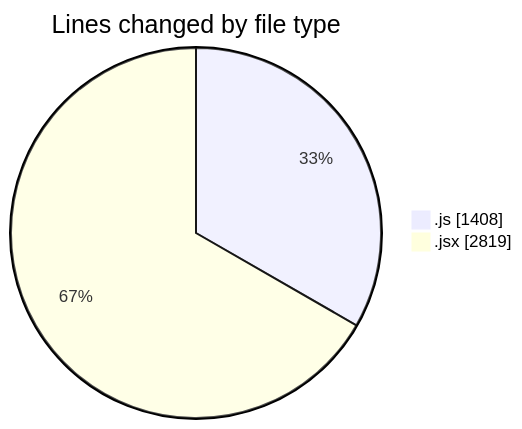
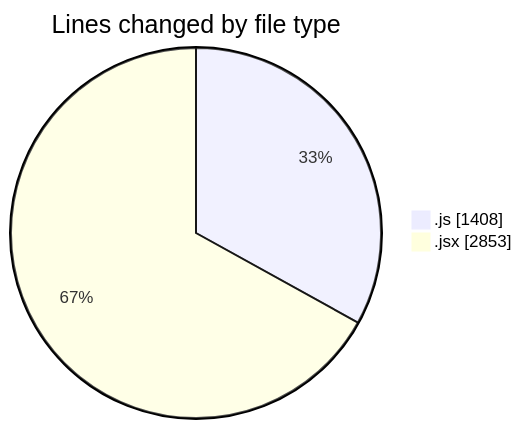
One commit to nxtqubesakshisongat/code-tracking changed the first of 2 diagrams in 2025-09-19/nxtqube_webapp/README.md. Above: the diagram before and after it, drawn with Mermaid. The commit also changed other lines of this file and 1 other file, not shown here.

````diff
--- a/2025-09-19/nxtqube_webapp/README.md
+++ b/2025-09-19/nxtqube_webapp/README.md
@@ -24,6 +24,6 @@
 ```mermaid
 pie showData
 title Lines changed by file type
 ".js" : 1408
-".jsx" : 2819
+".jsx" : 2853
 ```
````
